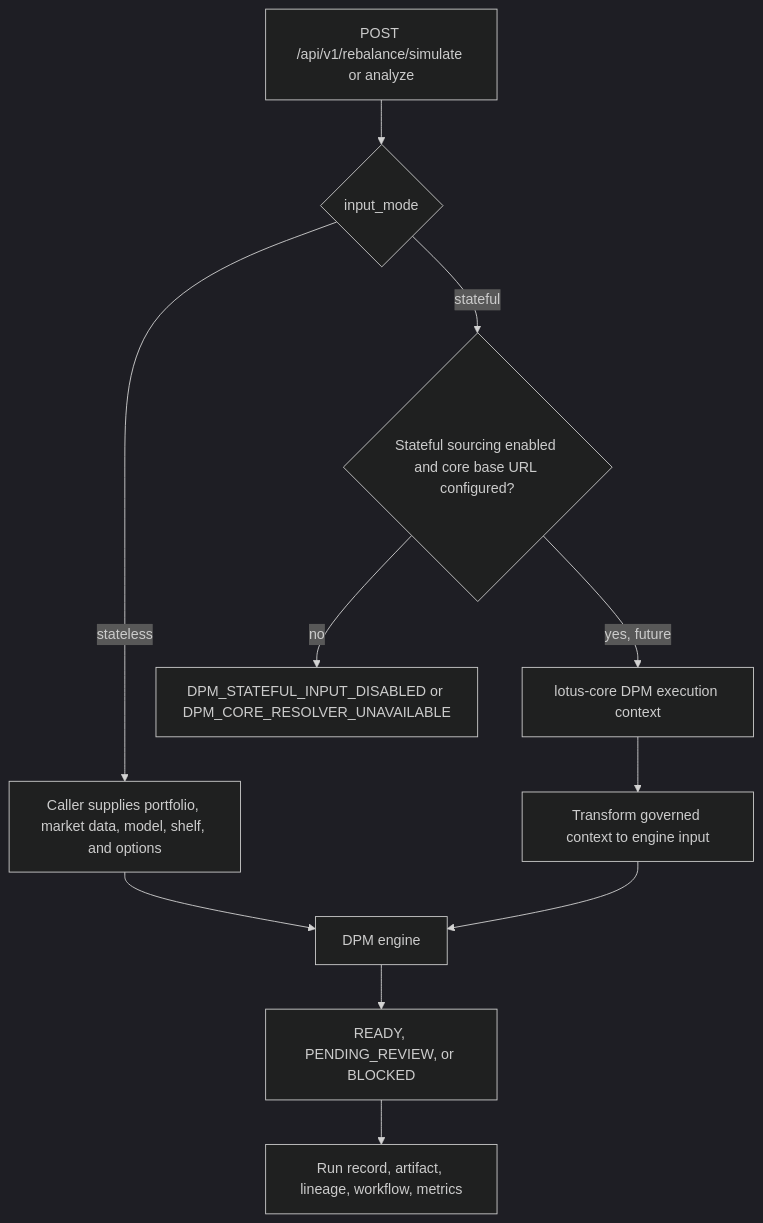
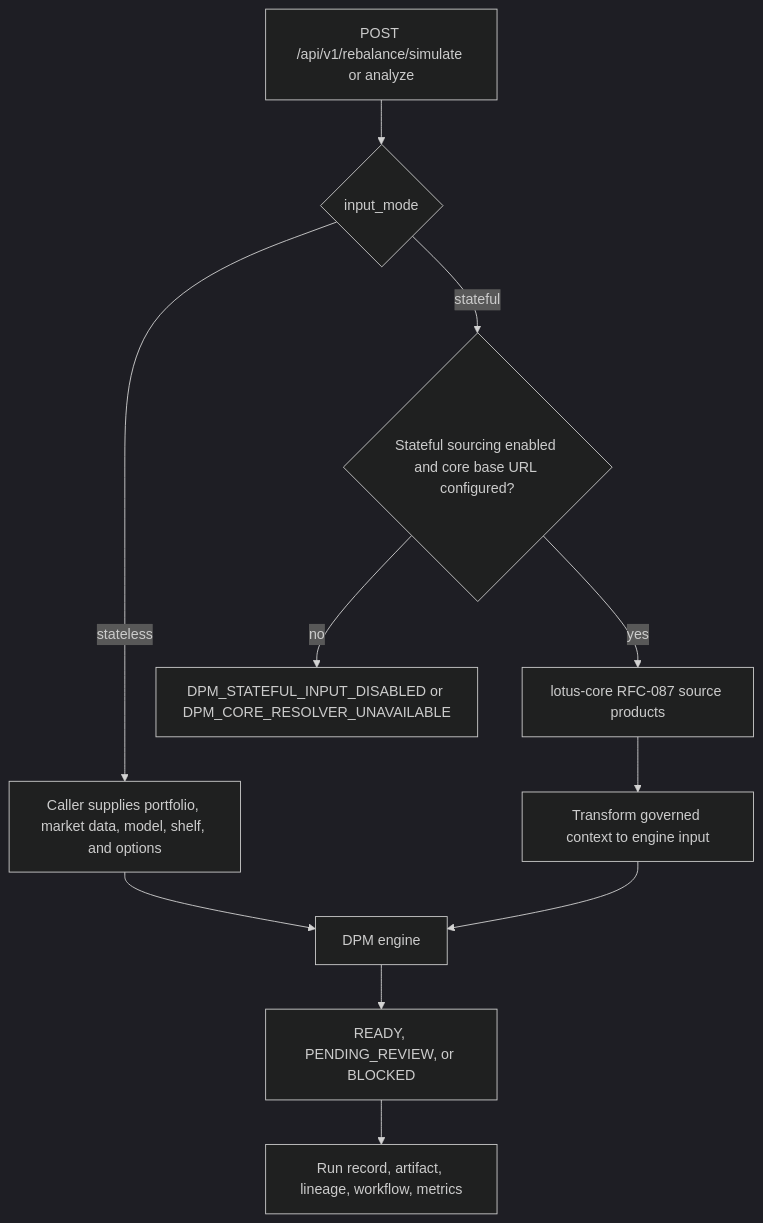
Before and after one commit to sgajbi/lotus-manage: the second of 4 diagrams in wiki/Architecture.md, drawn with Mermaid (dark theme). The commit also changed other lines of this file and 15 other files, not shown here.

````diff
--- a/wiki/Architecture.md
+++ b/wiki/Architecture.md
@@ -27,13 +28,13 @@
 ```mermaid
 flowchart TD
     Request[POST /api/v1/rebalance/simulate or analyze] --> Mode{input_mode}
     Mode -->|stateless| Bundle[Caller supplies portfolio, market data, model, shelf, and options]
     Bundle --> Engine[DPM engine]
     Mode -->|stateful| Gate{Stateful sourcing enabled and core base URL configured?}
     Gate -->|no| Disabled[DPM_STATEFUL_INPUT_DISABLED or DPM_CORE_RESOLVER_UNAVAILABLE]
-    Gate -->|yes, future| Core[lotus-core DPM execution context]
+    Gate -->|yes| Core[lotus-core RFC-087 source products]
     Core --> Transform[Transform governed context to engine input]
     Transform --> Engine
     Engine --> Result[READY, PENDING_REVIEW, or BLOCKED]
     Result --> Supportability[Run record, artifact, lineage, workflow, metrics]
 ```
````
